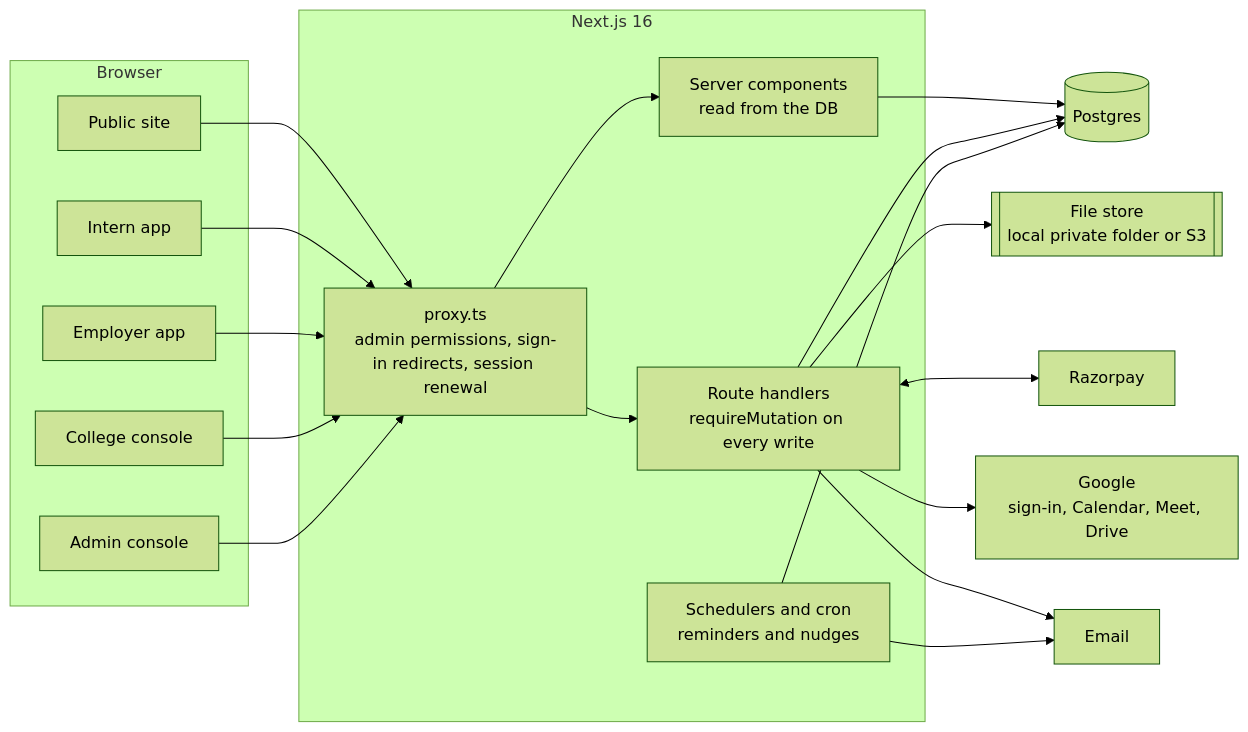
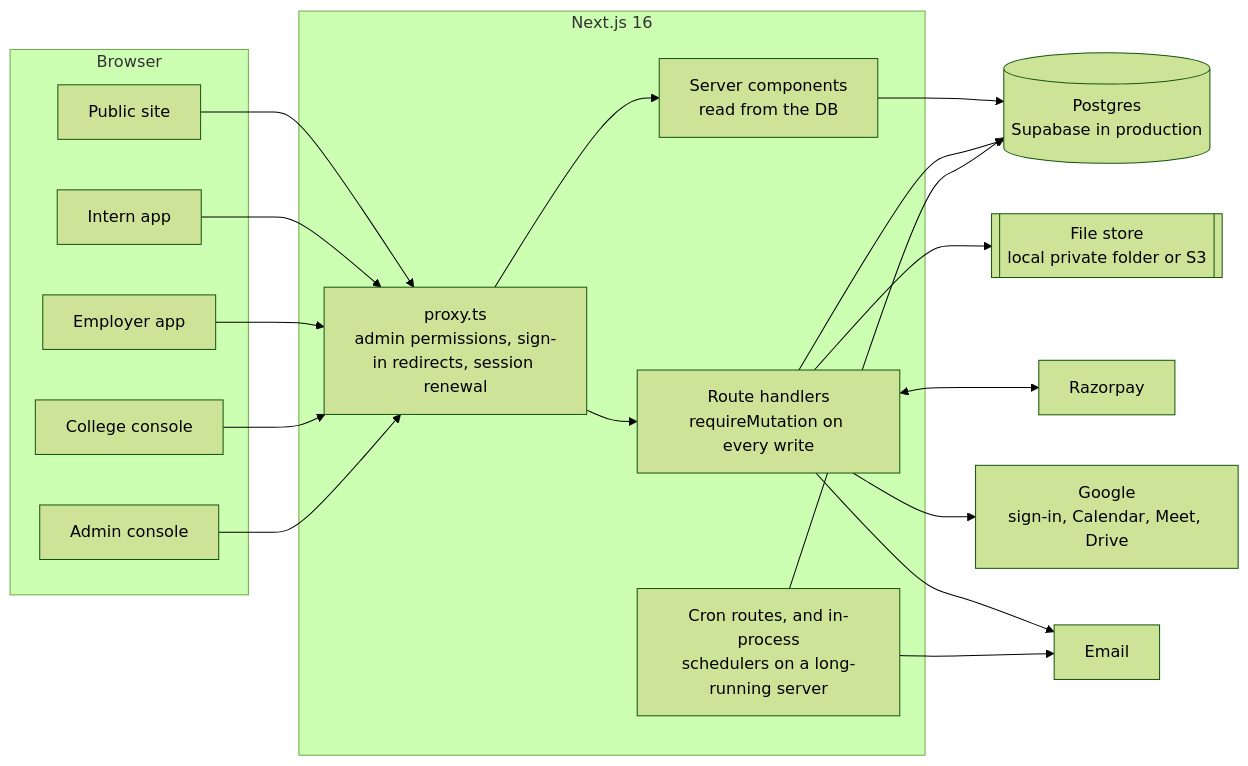
Before and after one commit to WynautBhav/nextjs-findtern: the diagram in README.md, drawn with Mermaid (forest theme). The commit also changed other lines of this file, not shown here.

Commit message:
docs: bring README in line with master (cron/tick, expiry, account disable, messaging removed, security open items, performance, DB, gates)

````diff
--- a/README.md
+++ b/README.md
@@ -146,27 +184,27 @@
 ```mermaid
 flowchart LR
     subgraph Browser
         M[Public site]
         I[Intern app]
         EM[Employer app]
         C[College console]
         A[Admin console]
     end
 
     subgraph Next["Next.js 16"]
         P[proxy.ts<br/>admin permissions, sign-in redirects, session renewal]
         RSC[Server components<br/>read from the DB]
         API[Route handlers<br/>requireMutation on every write]
-        J[Schedulers and cron<br/>reminders and nudges]
+        J[Cron routes, and in-process<br/>schedulers on a long-running server]
     end
 
-    DB[(Postgres)]
+    DB[(Postgres<br/>Supabase in production)]
     FS[[File store<br/>local private folder or S3]]
 
     M & I & EM & C & A --> P --> RSC & API
     RSC & API & J --> DB
     API --> FS
     API <--> RZ[Razorpay]
     API --> G[Google<br/>sign-in, Calendar, Meet, Drive]
     API & J --> SMTP[Email]
 ```
````
